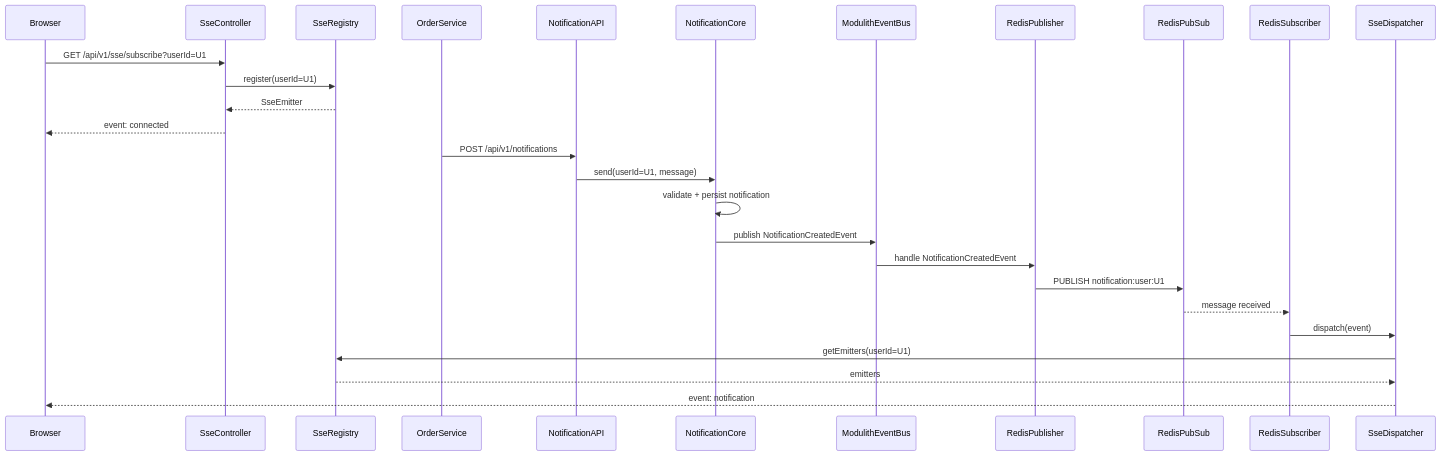
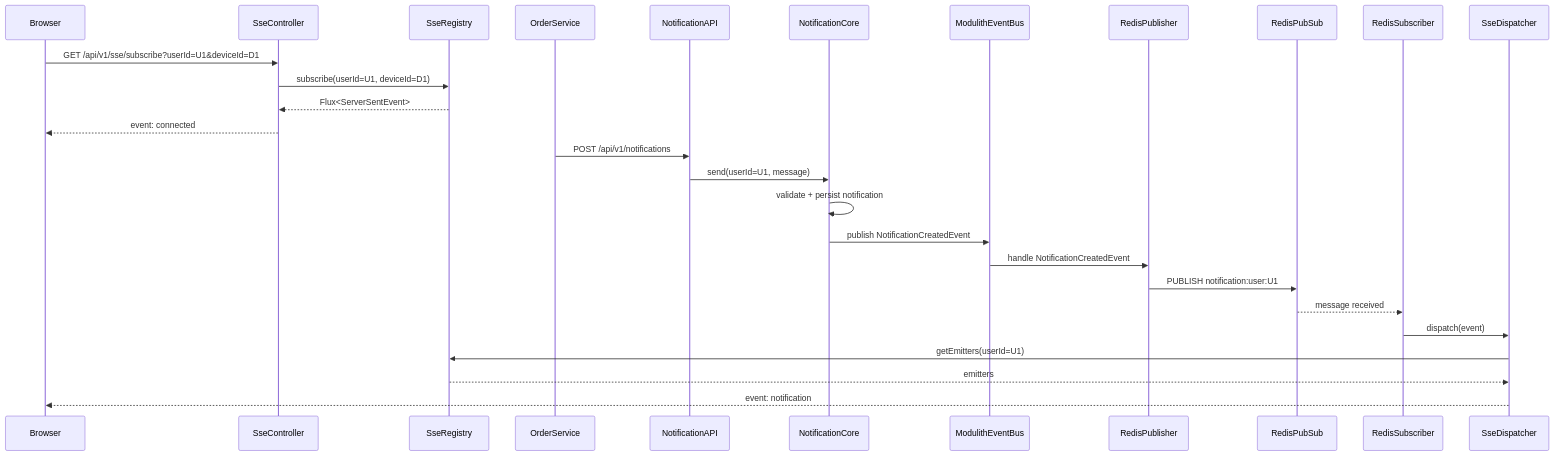
The second of 2 diagrams in README.md (nduyhai/sse-hub), drawn with Mermaid before and after one commit. The commit also changed other lines of this file, not shown here.

Commit message:
feat: update SSE API to support `deviceId` parameter and upgrade ShedLock to 7.7.0

````diff
--- a/README.md
+++ b/README.md
@@ -54,33 +54,33 @@
 ```mermaid
 sequenceDiagram
     participant Browser
     participant SseController
     participant SseRegistry
     participant OrderService
     participant NotificationAPI
     participant NotificationCore
     participant ModulithEventBus
     participant RedisPublisher
     participant RedisPubSub
     participant RedisSubscriber
     participant SseDispatcher
 
-    Browser->>SseController: GET /api/v1/sse/subscribe?userId=U1
-    SseController->>SseRegistry: register(userId=U1)
-    SseRegistry-->>SseController: SseEmitter
+    Browser->>SseController: GET /api/v1/sse/subscribe?userId=U1&deviceId=D1
+    SseController->>SseRegistry: subscribe(userId=U1, deviceId=D1)
+    SseRegistry-->>SseController: Flux<ServerSentEvent>
     SseController-->>Browser: event: connected
 
     OrderService->>NotificationAPI: POST /api/v1/notifications
     NotificationAPI->>NotificationCore: send(userId=U1, message)
     NotificationCore->>NotificationCore: validate + persist notification
     NotificationCore->>ModulithEventBus: publish NotificationCreatedEvent
 
     ModulithEventBus->>RedisPublisher: handle NotificationCreatedEvent
     RedisPublisher->>RedisPubSub: PUBLISH notification:user:U1
 
     RedisPubSub-->>RedisSubscriber: message received
     RedisSubscriber->>SseDispatcher: dispatch(event)
     SseDispatcher->>SseRegistry: getEmitters(userId=U1)
     SseRegistry-->>SseDispatcher: emitters
     SseDispatcher-->>Browser: event: notification
 ```
````
